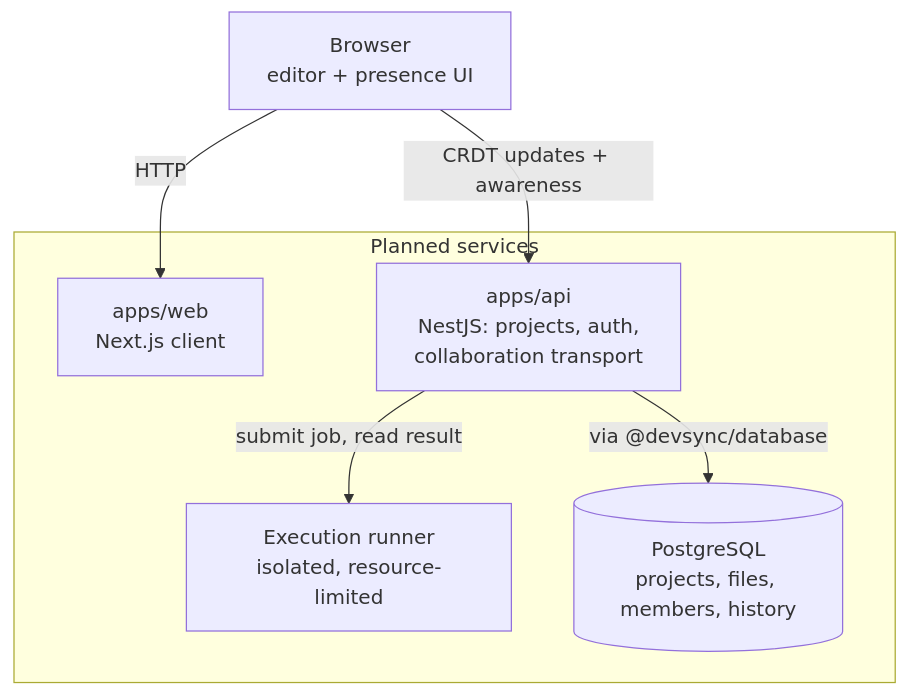
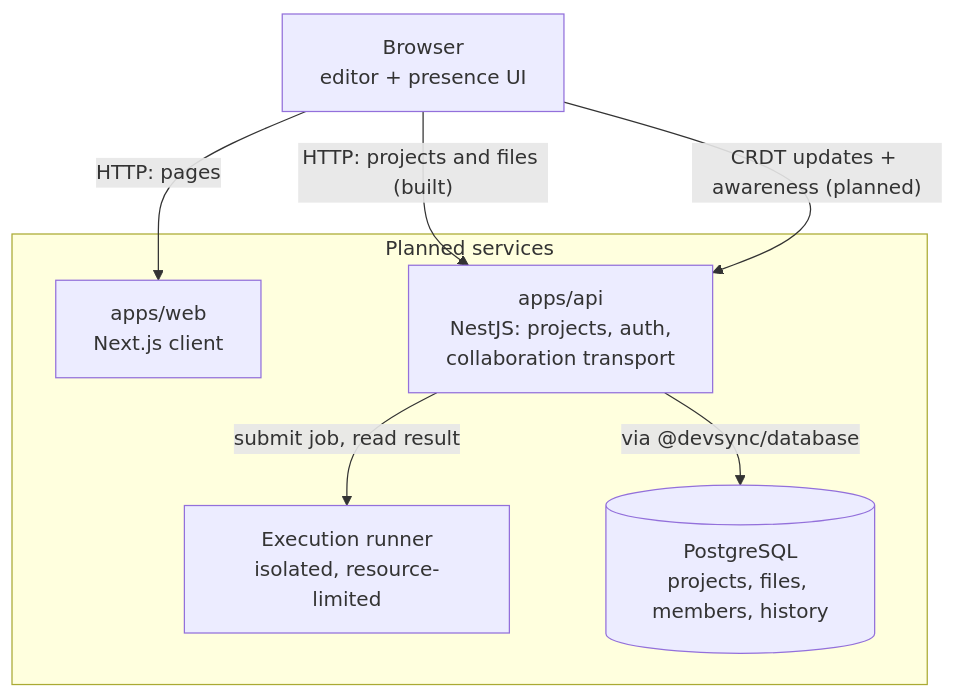
Before and after one commit to Youssef-Boussabah/DevSync: the second of 2 diagrams in docs/architecture.md, drawn with Mermaid. The commit also changed other lines of this file and 70 other files, not shown here.

````diff
--- a/docs/architecture.md
+++ b/docs/architecture.md
@@ -689,16 +830,17 @@
 ```mermaid
 flowchart TB
     browser["Browser<br/>editor + presence UI"]
 
     subgraph planned["Planned services"]
         web2["apps/web<br/>Next.js client"]
         api2["apps/api<br/>NestJS: projects, auth,<br/>collaboration transport"]
         runner["Execution runner<br/>isolated, resource-limited"]
         pg[("PostgreSQL<br/>projects, files, members, history")]
     end
 
-    browser -->|"HTTP"| web2
-    browser -->|"CRDT updates + awareness"| api2
+    browser -->|"HTTP: pages"| web2
+    browser -->|"HTTP: projects and files (built)"| api2
+    browser -->|"CRDT updates + awareness (planned)"| api2
     api2 -->|"via @devsync/database"| pg
     api2 -->|"submit job, read result"| runner
 ```
````
